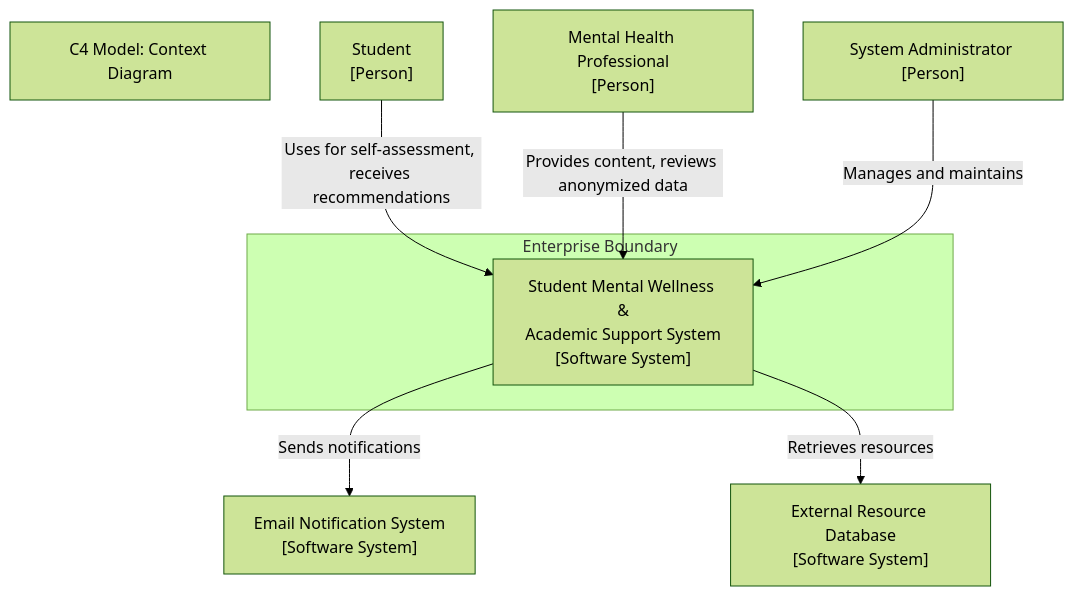
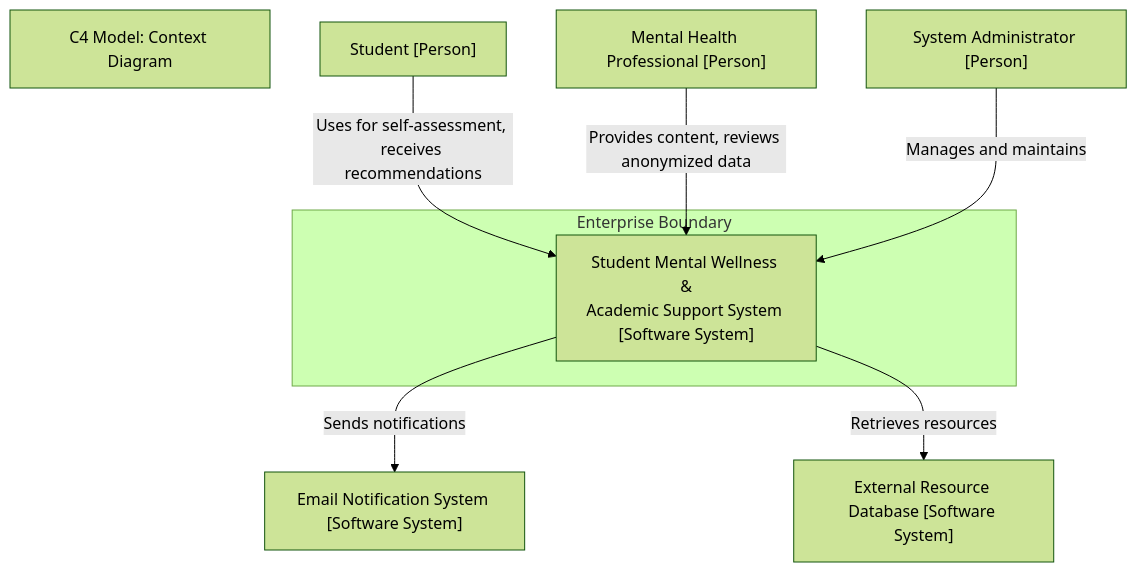
The diagram in ARCHITECTURE.md (ZiyandaPetela/Student_Mental_Wellness_Academic_Support_System), drawn with Mermaid (forest theme) before and after one commit.

````diff
--- a/ARCHITECTURE.md
+++ b/ARCHITECTURE.md
@@ -3,21 +3,21 @@
 ```mermaid
 graph TD
     title[C4 Model: Context Diagram]
-    Student["Student\n[Person]"]
-    MentalHealthProfessional["Mental Health Professional\n[Person]"]
+    Student["Student [Person]"]
+    MentalHealthProfessional["Mental Health Professional [Person]"]
     Administrator["System Administrator [Person]"]
-    SMWASS["Student Mental Wellness &\nAcademic Support System\n[Software System]"]
-    EmailSystem["Email Notification System\n[Software System]"]
-    ResourceDB["External Resource Database\n[Software System]"]
+    SMWASS["Student Mental Wellness &\nAcademic Support System [Software System]"]
+    EmailSystem["Email Notification System [Software System]"]
+    ResourceDB["External Resource Database [Software System]"]
     
     Student -->|Uses for self-assessment, receives recommendations| SMWASS
     MentalHealthProfessional -->|Provides content, reviews anonymized data| SMWASS
     Administrator -->|Manages and maintains| SMWASS
     SMWASS -->|Sends notifications| EmailSystem
     SMWASS -->|Retrieves resources| ResourceDB
     
     subgraph "Enterprise Boundary"
         SMWASS
     end
 
 ```
````
